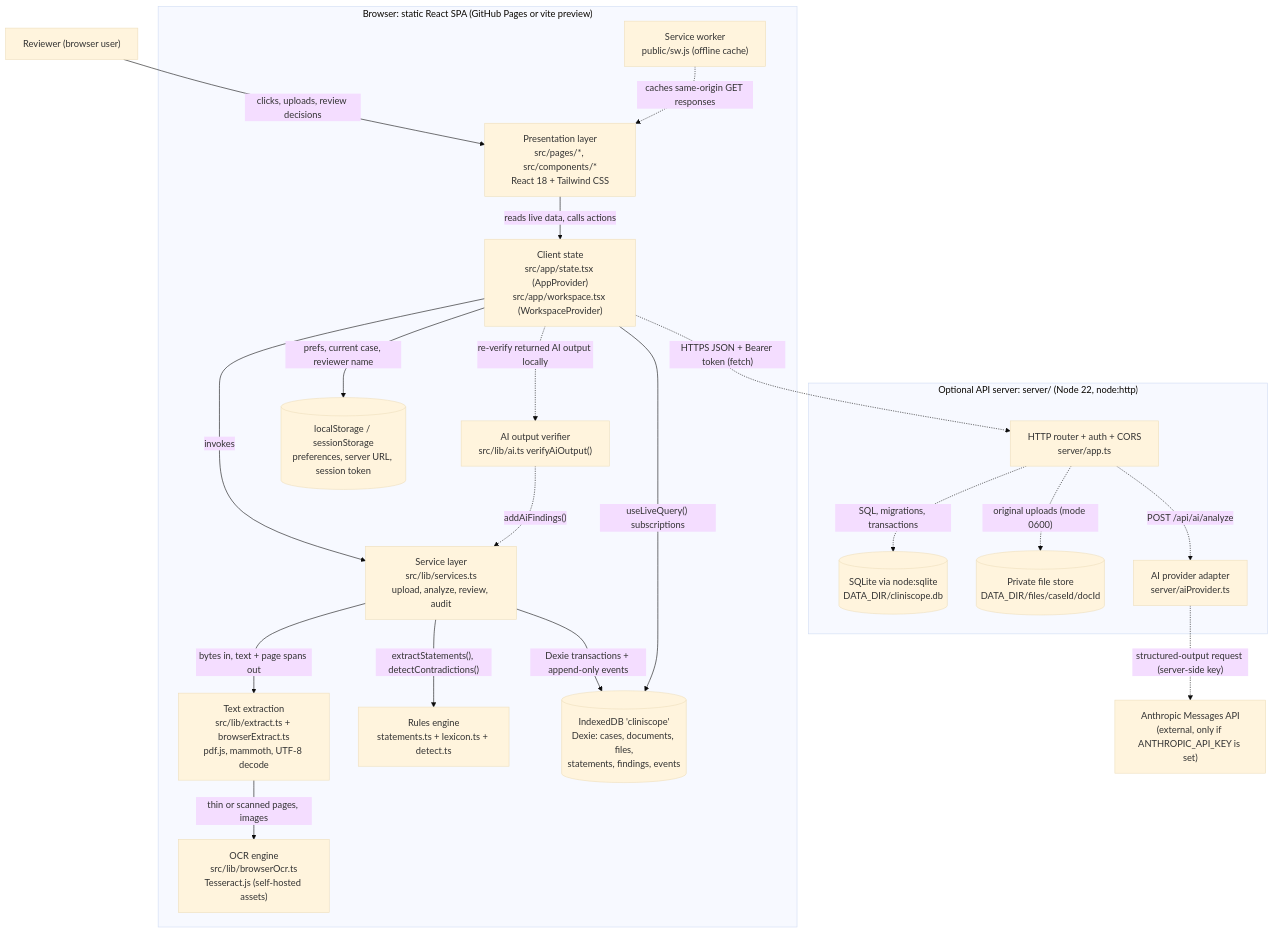
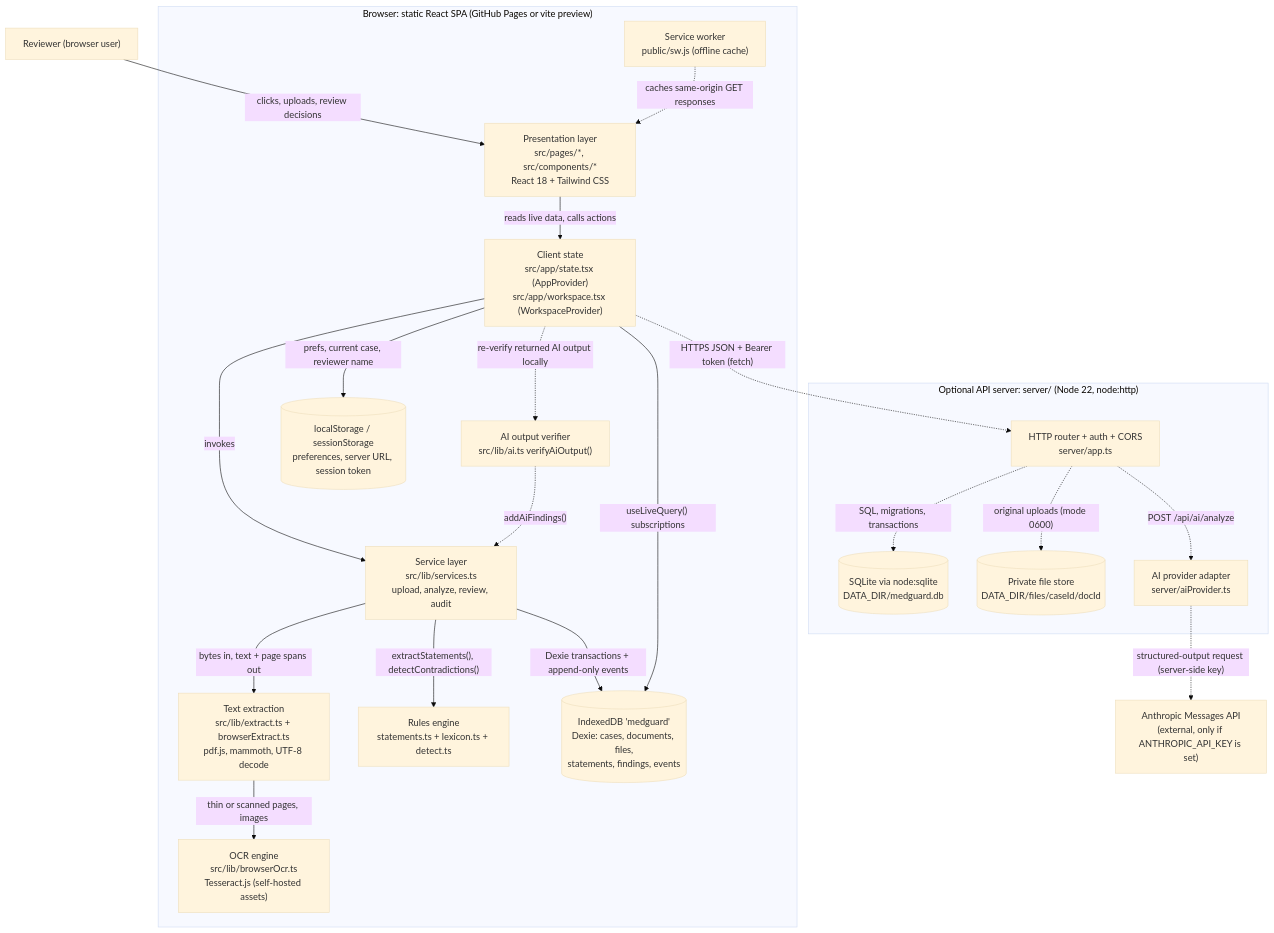
The diagram in docs/technical/diagrams/architecture.mmd (anirudhleetcode-max/cliniscope-healthcare-contradiction-detector), drawn with Mermaid (base theme) before and after one commit. The commit also changed 8 other files, not shown here.

```diff
--- a/docs/technical/diagrams/architecture.mmd
+++ b/docs/technical/diagrams/architecture.mmd
@@ -1,45 +1,45 @@
 %% MEDGUARD high-level component architecture (derived from src/, server/, public/).
 %% Solid lines: always present. Dotted lines: optional shared-workspace / AI mode only.
 flowchart TD
     U["Reviewer (browser user)"]
 
     subgraph Browser["Browser: static React SPA (GitHub Pages or vite preview)"]
         UI["Presentation layer<br/>src/pages/*, src/components/*<br/>React 18 + Tailwind CSS"]
         ST["Client state<br/>src/app/state.tsx (AppProvider)<br/>src/app/workspace.tsx (WorkspaceProvider)"]
         SV["Service layer<br/>src/lib/services.ts<br/>upload, analyze, review, audit"]
         EX["Text extraction<br/>src/lib/extract.ts + browserExtract.ts<br/>pdf.js, mammoth, UTF-8 decode"]
         OCR["OCR engine<br/>src/lib/browserOcr.ts<br/>Tesseract.js (self-hosted assets)"]
         RULES["Rules engine<br/>statements.ts + lexicon.ts + detect.ts"]
         AIV["AI output verifier<br/>src/lib/ai.ts verifyAiOutput()"]
-        IDB[("IndexedDB 'cliniscope'<br/>Dexie: cases, documents, files,<br/>statements, findings, events")]
+        IDB[("IndexedDB 'medguard'<br/>Dexie: cases, documents, files,<br/>statements, findings, events")]
         LS[("localStorage / sessionStorage<br/>preferences, server URL, session token")]
         SW["Service worker<br/>public/sw.js (offline cache)"]
     end
 
     subgraph Server["Optional API server: server/ (Node 22, node:http)"]
         API["HTTP router + auth + CORS<br/>server/app.ts"]
-        SQL[("SQLite via node:sqlite<br/>DATA_DIR/cliniscope.db")]
+        SQL[("SQLite via node:sqlite<br/>DATA_DIR/medguard.db")]
         FS[("Private file store<br/>DATA_DIR/files/caseId/docId")]
         PROV["AI provider adapter<br/>server/aiProvider.ts"]
     end
 
     ANT["Anthropic Messages API<br/>(external, only if ANTHROPIC_API_KEY is set)"]
 
     U -->|"clicks, uploads, review decisions"| UI
     UI -->|"reads live data, calls actions"| ST
     ST -->|"invokes"| SV
     SV -->|"bytes in, text + page spans out"| EX
     EX -->|"thin or scanned pages, images"| OCR
     SV -->|"extractStatements(), detectContradictions()"| RULES
     SV -->|"Dexie transactions + append-only events"| IDB
     ST -->|"useLiveQuery() subscriptions"| IDB
     ST -->|"prefs, current case, reviewer name"| LS
     SW -.->|"caches same-origin GET responses"| UI
 
     ST -.->|"HTTPS JSON + Bearer token (fetch)"| API
     API -.->|"SQL, migrations, transactions"| SQL
     API -.->|"original uploads (mode 0600)"| FS
     API -.->|"POST /api/ai/analyze"| PROV
     PROV -.->|"structured-output request (server-side key)"| ANT
     ST -.->|"re-verify returned AI output locally"| AIV
     AIV -.->|"addAiFindings()"| SV
```
